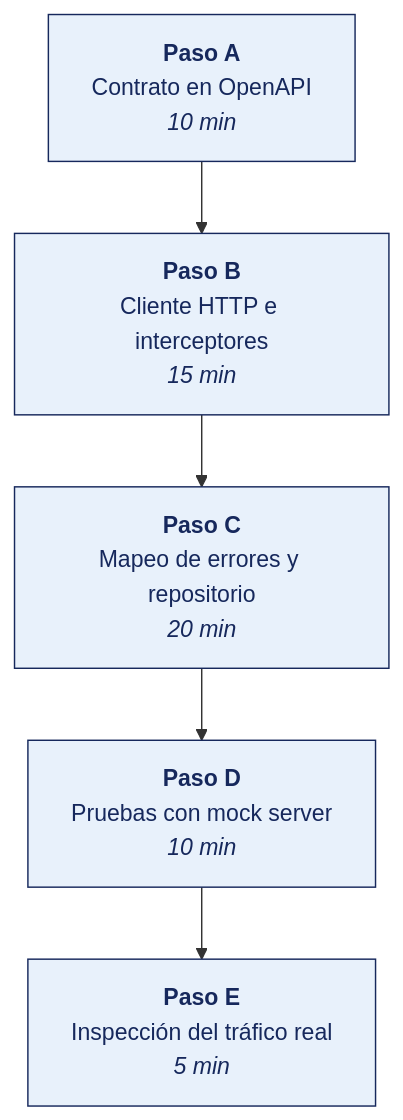
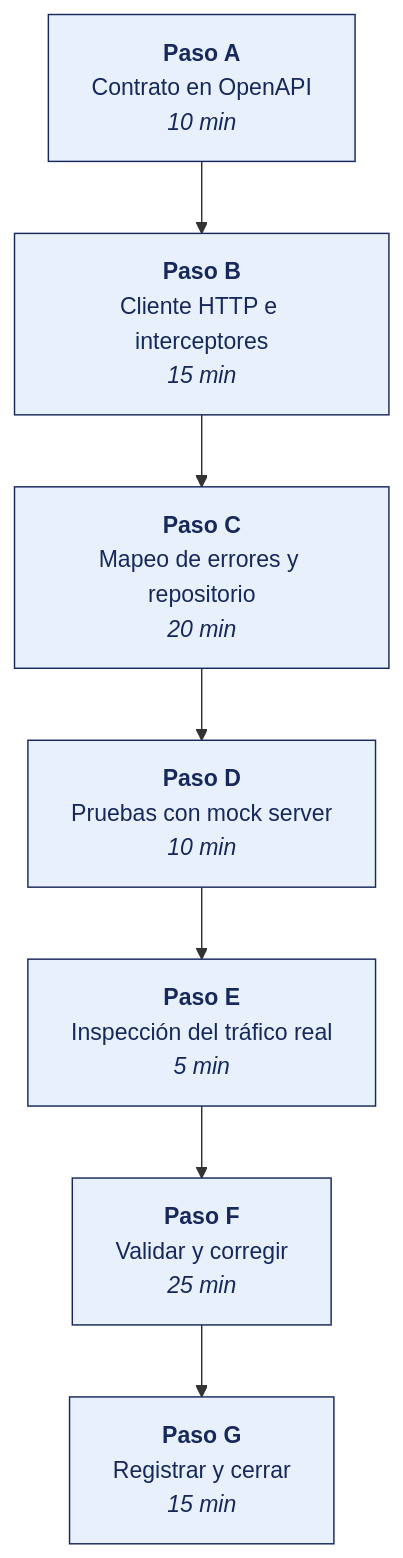
One commit to OscarJimenezFlores/MOVILES_II changed the diagram in SEMANA-04/3-TALLER.md. Above: the diagram before and after it, drawn with Mermaid. The commit also changed other lines of this file and 43 other files, not shown here.

````diff
--- a/SEMANA-04/3-TALLER.md
+++ b/SEMANA-04/3-TALLER.md
@@ -13,11 +13,13 @@
 ```mermaid
 flowchart TD
     PA["<b>Paso A</b><br/>Contrato en OpenAPI<br/><i>10 min</i>"]
     PB["<b>Paso B</b><br/>Cliente HTTP e interceptores<br/><i>15 min</i>"]
     PC["<b>Paso C</b><br/>Mapeo de errores y repositorio<br/><i>20 min</i>"]
     PD["<b>Paso D</b><br/>Pruebas con mock server<br/><i>10 min</i>"]
     PE["<b>Paso E</b><br/>Inspección del tráfico real<br/><i>5 min</i>"]
-    PA --> PB --> PC --> PD --> PE
+    PF["<b>Paso F</b><br/>Validar y corregir<br/><i>25 min</i>"]
+    PG["<b>Paso G</b><br/>Registrar y cerrar<br/><i>15 min</i>"]
+    PA --> PB --> PC --> PD --> PE --> PF --> PG
     classDef paso fill:#E8F1FB,stroke:#16285C,stroke-width:1px,color:#16285C;
-    class PA,PB,PC,PD,PE paso;
+    class PA,PB,PC,PD,PE,PF,PG paso;
 ```
````
